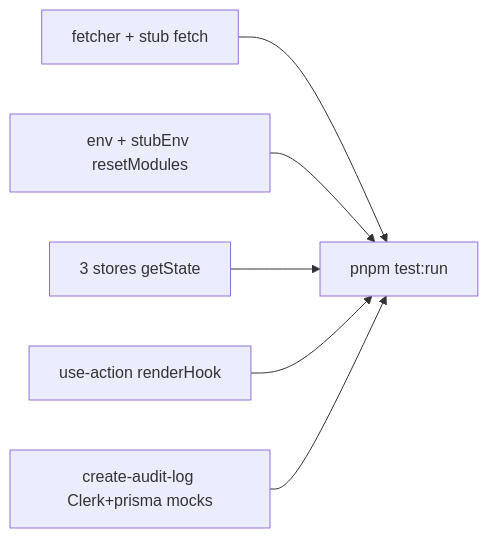
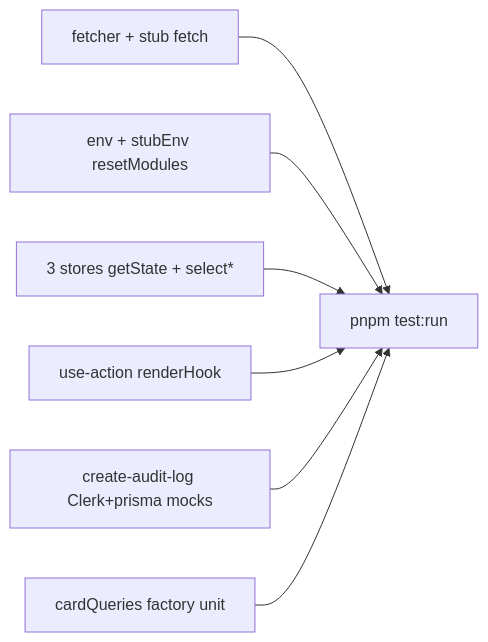
The diagram in .cursor/plans/vitest_p1_mocked_unit_c7e24825.plan.md (manhcuongdtbk/taskify), drawn with Mermaid before and after one commit. The commit also changed other lines of this file and 4 other files, not shown here.

````diff
--- a/.cursor/plans/vitest_p1_mocked_unit_c7e24825.plan.md
+++ b/.cursor/plans/vitest_p1_mocked_unit_c7e24825.plan.md
@@ -36,13 +47,15 @@
 ```mermaid
 flowchart LR
   fetcher["fetcher + stub fetch"]
   env["env + stubEnv resetModules"]
-  stores["3 stores getState"]
+  stores["3 stores getState + select*"]
   useAction["use-action renderHook"]
   audit["create-audit-log Clerk+prisma mocks"]
+  cardApi["cardQueries factory unit"]
   fetcher --> green["pnpm test:run"]
   env --> green
   stores --> green
   useAction --> green
   audit --> green
+  cardApi --> green
 ```
````
